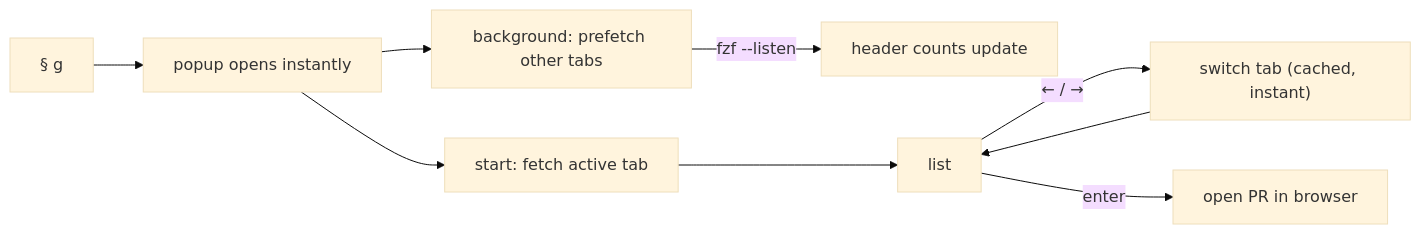
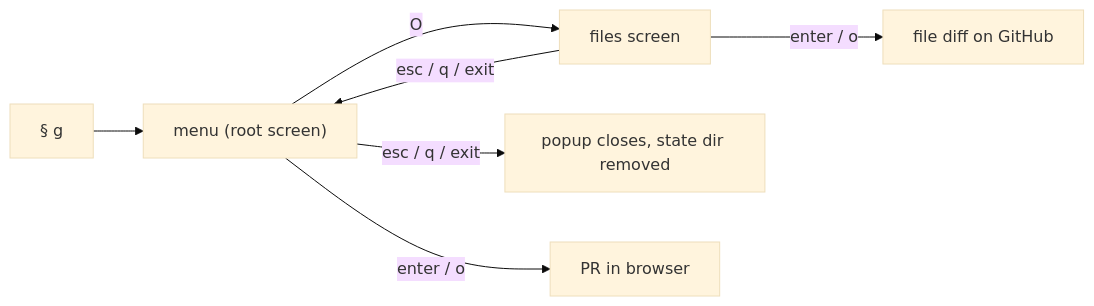
One commit to klaygomes/dotfiles changed the first of 4 diagrams in docs/tmux-pr-menu.md. Above: the diagram before and after it, drawn with Mermaid (base theme). The commit also changed other lines of this file and 22 other files, not shown here.

````diff
--- a/docs/tmux-pr-menu.md
+++ b/docs/tmux-pr-menu.md
@@ -15,11 +14,9 @@
 ```mermaid
 flowchart LR
-  A["§ g"] --> B["popup opens instantly"]
-  B --> C["start: fetch active tab"]
-  B --> D["background: prefetch other tabs"]
-  D -- "fzf --listen" --> H["header counts update"]
-  C --> E["list"]
-  E -- "← / →" --> F["switch tab (cached, instant)"]
-  F --> E
-  E -- "enter" --> G["open PR in browser"]
+  G["§ g"] --> M["menu (root screen)"]
+  M -- "O" --> F["files screen"]
+  F -- "esc / q / exit" --> M
+  M -- "esc / q / exit" --> X["popup closes, state dir removed"]
+  M -- "enter / o" --> B["PR in browser"]
+  F -- "enter / o" --> D["file diff on GitHub"]
 ```
````
